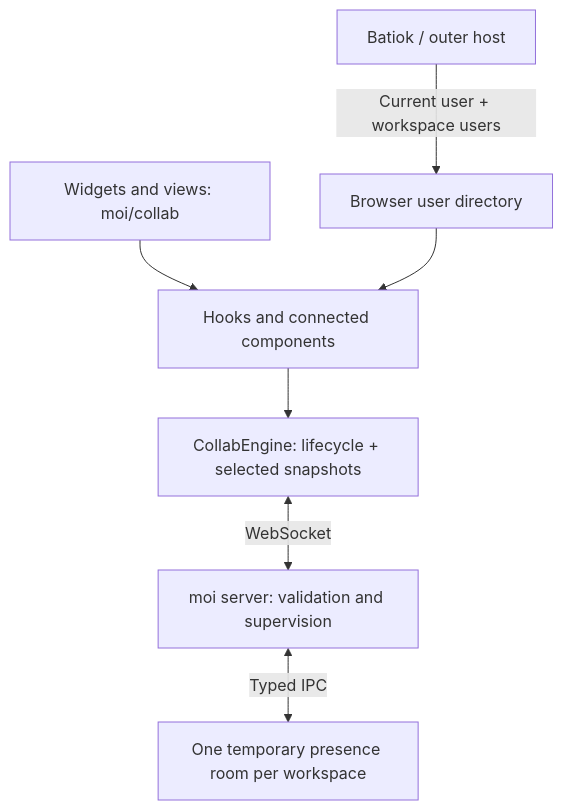
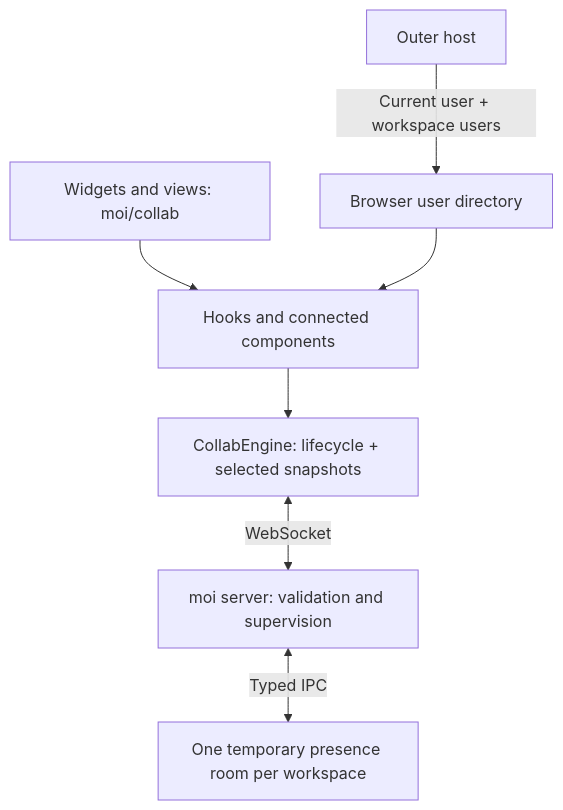
Before and after one commit to molefrog/moi: the diagram in docs/rfc-collab.md, drawn with Mermaid. The commit also changed other lines of this file and 1 other file, not shown here.

Commit message:
Document the collaboration host bridge generically

````diff
--- a/docs/rfc-collab.md
+++ b/docs/rfc-collab.md
@@ -15,9 +15,9 @@
 ```mermaid
 flowchart TB
-  Host["Batiok / outer host"] -->|"Current user + workspace users"| Directory["Browser user directory"]
+  Host["Outer host"] -->|"Current user + workspace users"| Directory["Browser user directory"]
   Applets["Widgets and views: moi/collab"] --> Hooks["Hooks and connected components"]
   Directory --> Hooks
   Hooks --> Engine["CollabEngine: lifecycle + selected snapshots"]
   Engine <-->|WebSocket| Main["moi server: validation and supervision"]
   Main <-->|Typed IPC| Room["One temporary presence room per workspace"]
 ```
````
